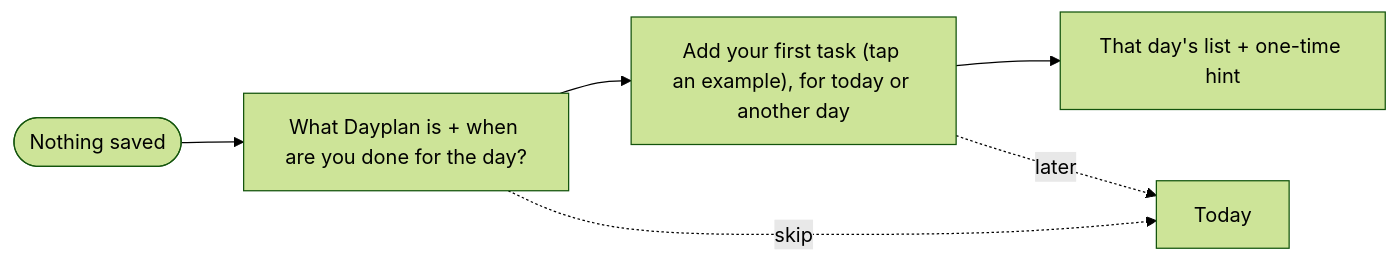
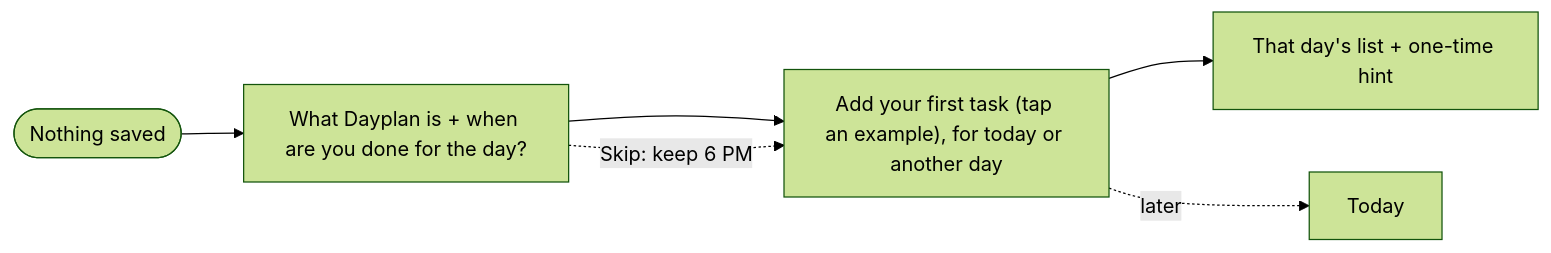
The second of 2 diagrams in README.md (neilpandya01/hw3-dbs), drawn with Mermaid (forest theme) before and after one commit. The commit also changed other lines of this file and 4 other files, not shown here.

````diff
--- a/README.md
+++ b/README.md
@@ -39,8 +39,8 @@
 ```mermaid
 flowchart LR
   A([Nothing saved]) --> B["What Dayplan is + when are you done for the day?"]
   B --> C["Add your first task (tap an example), for today or another day"]
   C --> D["That day's list + one-time hint"]
-  B -. skip .-> E[Today]
-  C -. later .-> E
+  B -. Skip: keep 6 PM .-> C
+  C -. later .-> E[Today]
 ```
````
